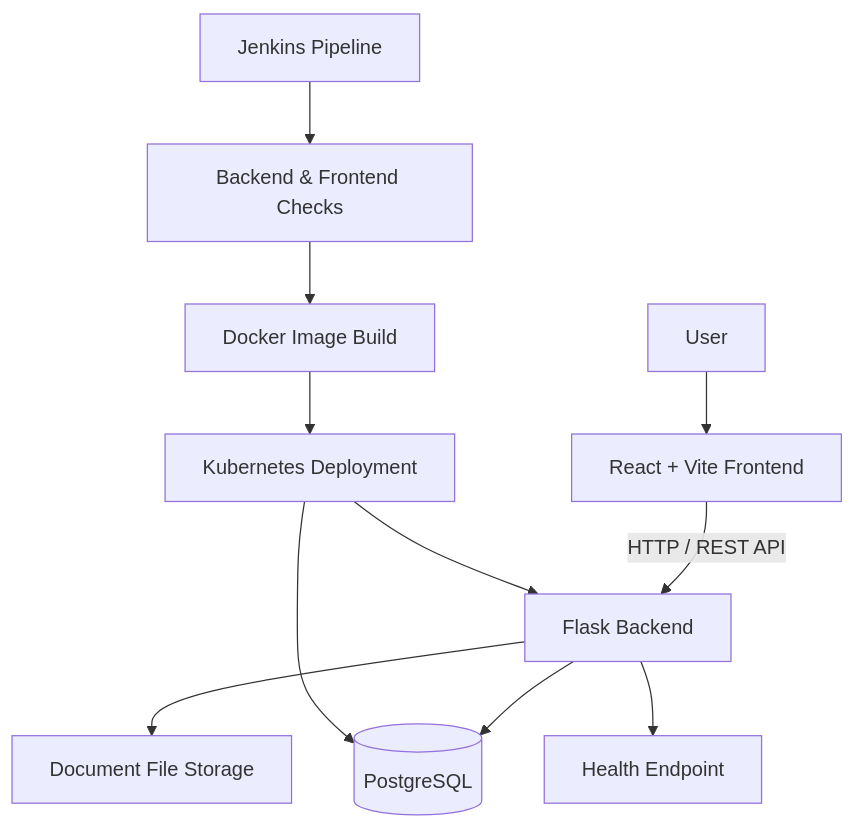
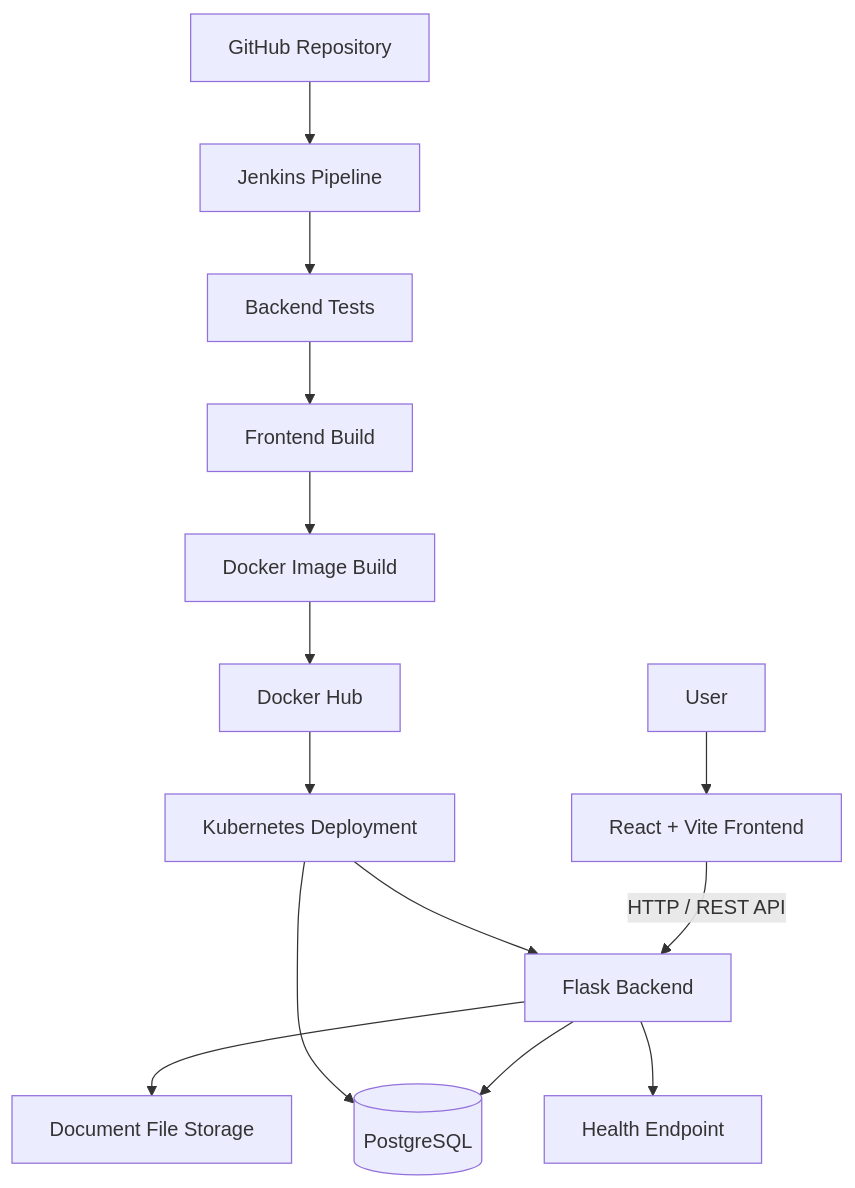
The first of 2 diagrams in README.md (chowgulesonakshi-lab/CloudVault2), drawn with Mermaid before and after one commit. The commit also changed other lines of this file, not shown here.

````diff
--- a/README.md
+++ b/README.md
@@ -24,14 +26,18 @@
 ```mermaid
 flowchart TD
     A[User] --> B[React + Vite Frontend]
     B -->|HTTP / REST API| C[Flask Backend]
     C --> D[(PostgreSQL)]
     C --> E[Document File Storage]
 
     C --> F[Health Endpoint]
-    G[Jenkins Pipeline] --> H[Backend & Frontend Checks]
-    H --> I[Docker Image Build]
-    I --> J[Kubernetes Deployment]
-    J --> C
-    J --> D
+
+    G[GitHub Repository] --> H[Jenkins Pipeline]
+    H --> I[Backend Tests]
+    I --> J[Frontend Build]
+    J --> K[Docker Image Build]
+    K --> L[Docker Hub]
+    L --> M[Kubernetes Deployment]
+    M --> C
+    M --> D
 ```
````
